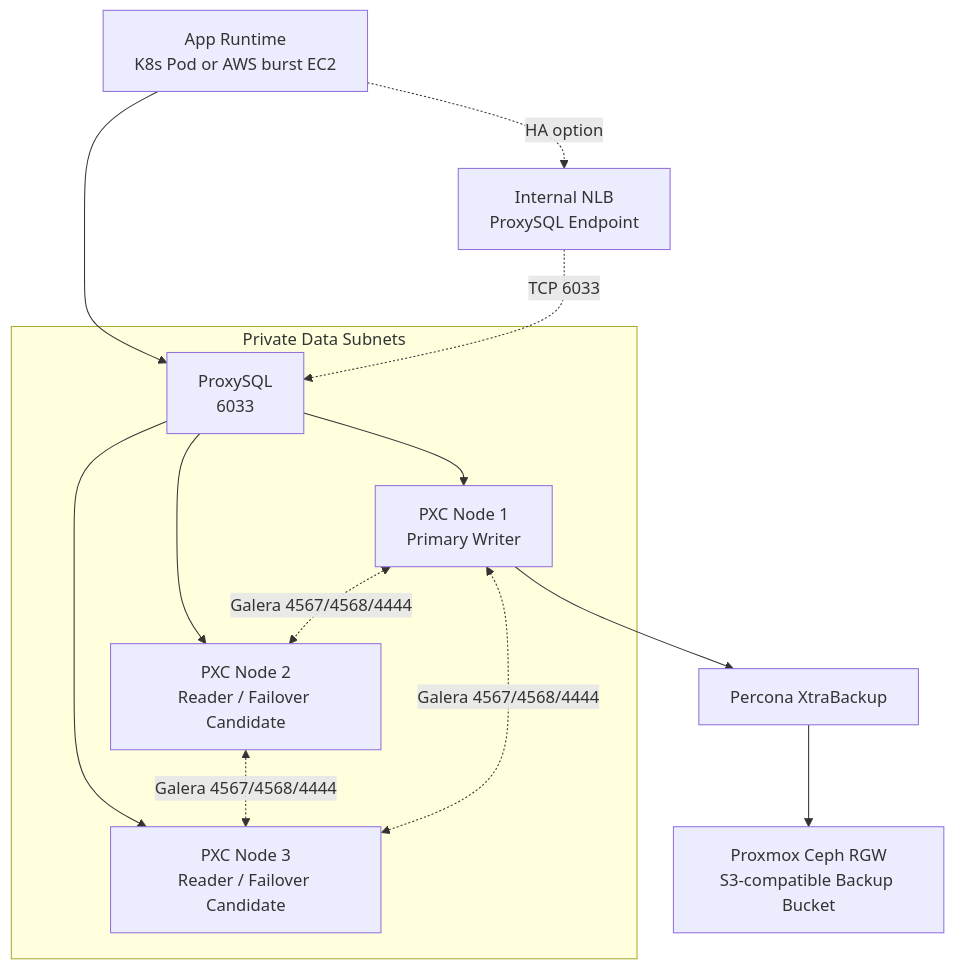
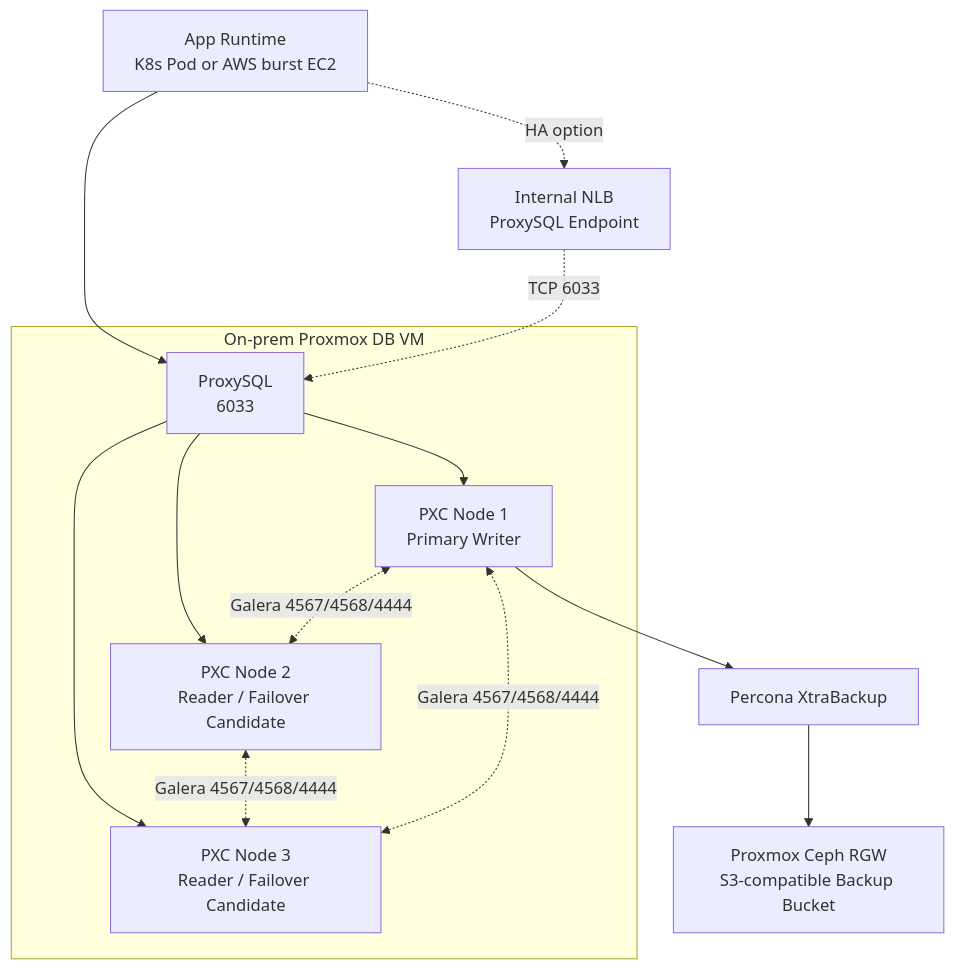
One commit to KosaCloudTeam2/infra-platform changed the third of 7 diagrams in docs/01_architecture.md. Above: the diagram before and after it, drawn with Mermaid. The commit also changed other lines of this file and 15 other files, not shown here.

````diff
--- a/docs/01_architecture.md
+++ b/docs/01_architecture.md
@@ -383,19 +382,19 @@
 ```mermaid
 flowchart TB
     App["App Runtime<br/>K8s Pod or AWS burst EC2"] --> Proxy["ProxySQL<br/>6033"]
     App -. "HA option" .-> NLB["Internal NLB<br/>ProxySQL Endpoint"]
     NLB -. "TCP 6033" .-> Proxy
 
-    subgraph DataSubnets["Private Data Subnets"]
+    subgraph DataSubnets["On-prem Proxmox DB VM"]
         Proxy --> PXC1["PXC Node 1<br/>Primary Writer"]
         Proxy --> PXC2["PXC Node 2<br/>Reader / Failover Candidate"]
         Proxy --> PXC3["PXC Node 3<br/>Reader / Failover Candidate"]
 
         PXC1 <-. "Galera 4567/4568/4444" .-> PXC2
         PXC2 <-. "Galera 4567/4568/4444" .-> PXC3
         PXC3 <-. "Galera 4567/4568/4444" .-> PXC1
     end
 
     PXC1 --> Backup["Percona XtraBackup"]
     Backup --> Ceph["Proxmox Ceph RGW<br/>S3-compatible Backup Bucket"]
 ```
````
